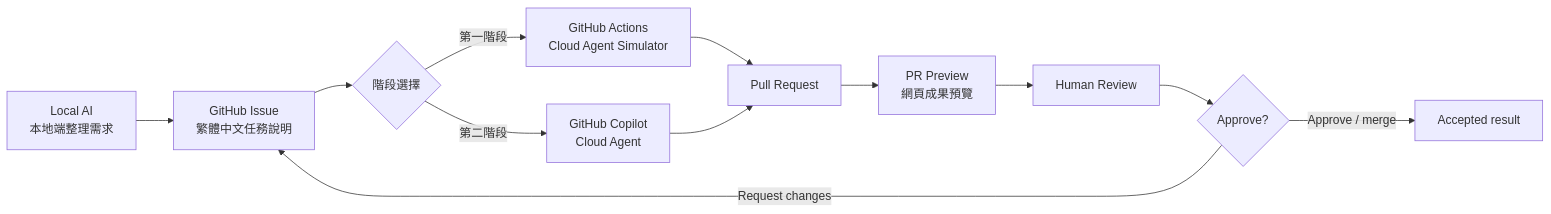
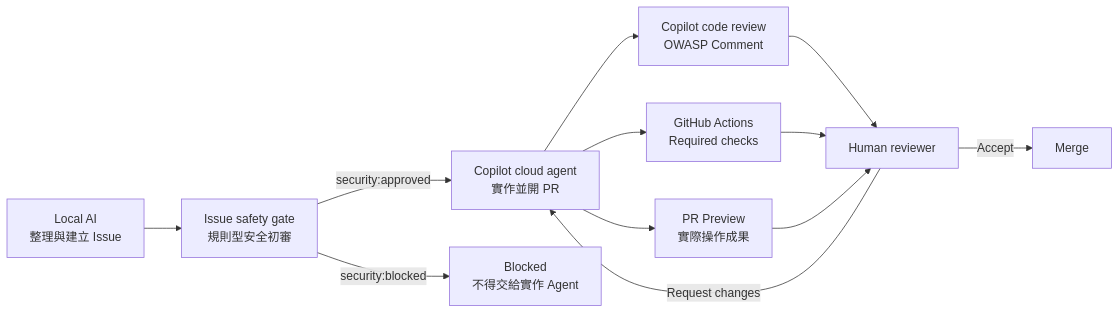
Before and after one commit to IISI-2112007/ai-coding-solved-demo: the diagram in README.md, drawn with Mermaid. The commit also changed other lines of this file and 48 other files, not shown here.

Commit message:
建立 Cloud Agent Flow Lab MVP

````diff
--- a/README.md
+++ b/README.md
@@ -28,14 +76,14 @@
 ```mermaid
 flowchart LR
-    A["Local AI<br/>本地端整理需求"] --> B["GitHub Issue<br/>繁體中文任務說明"]
-    B --> C{"階段選擇"}
-    C -->|"第一階段"| D["GitHub Actions<br/>Cloud Agent Simulator"]
-    C -->|"第二階段"| E["GitHub Copilot<br/>Cloud Agent"]
-    D --> F["Pull Request"]
-    E --> F
-    F --> P["PR Preview<br/>網頁成果預覽"]
-    P --> G["Human Review"]
-    G --> H{"Approve?"}
-    H -->|"Request changes"| B
-    H -->|"Approve / merge"| I["Accepted result"]
+    L["Local AI<br/>整理與建立 Issue"] --> I["Issue safety gate<br/>規則型安全初審"]
+    I -->|"security:approved"| C["Copilot cloud agent<br/>實作並開 PR"]
+    I -->|"security:blocked"| B["Blocked<br/>不得交給實作 Agent"]
+    C --> R["Copilot code review<br/>OWASP Comment"]
+    C --> A["GitHub Actions<br/>Required checks"]
+    C --> P["PR Preview<br/>實際操作成果"]
+    R --> H["Human reviewer"]
+    A --> H
+    P --> H
+    H -->|"Request changes"| C
+    H -->|"Accept"| M["Merge"]
 ```
````
